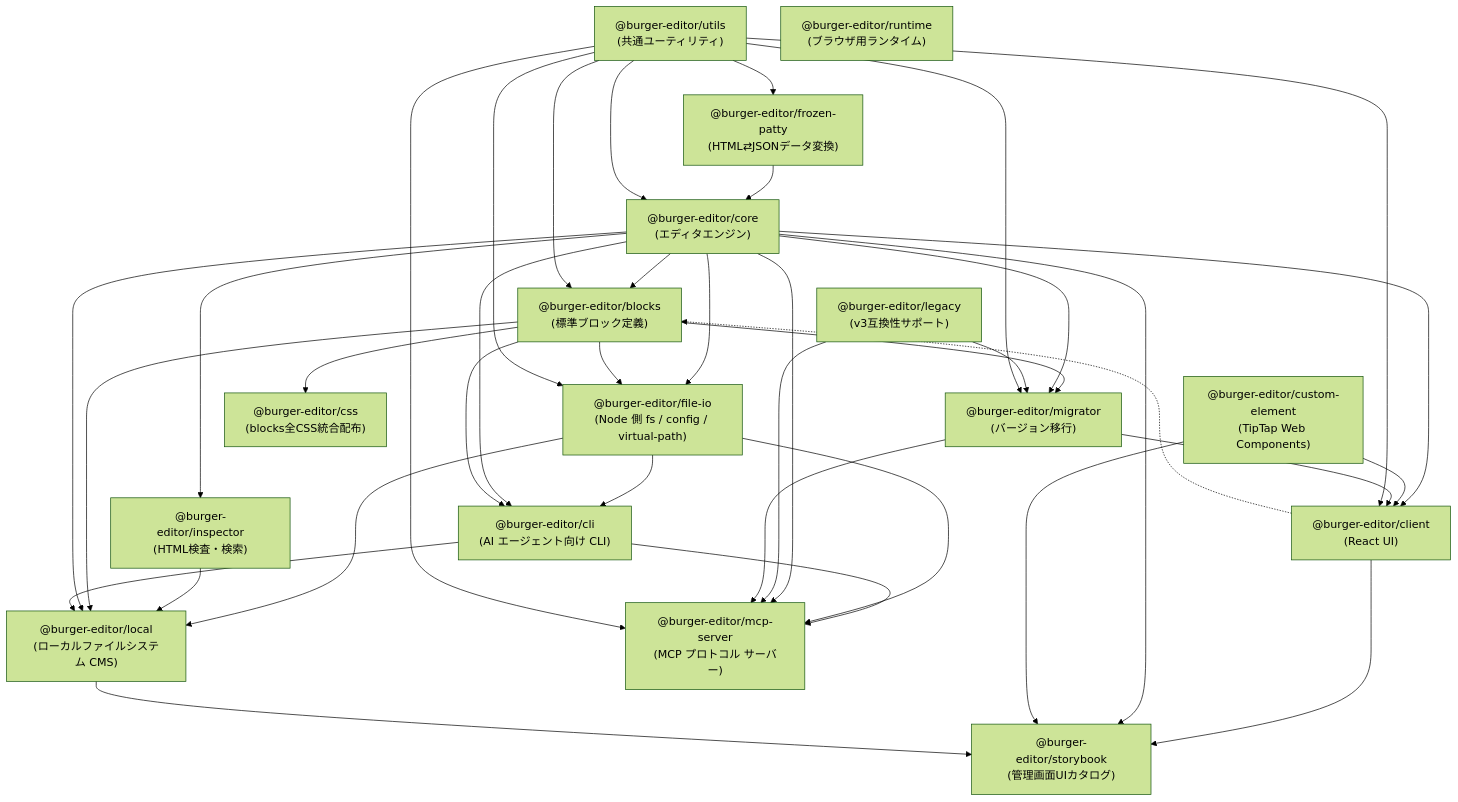
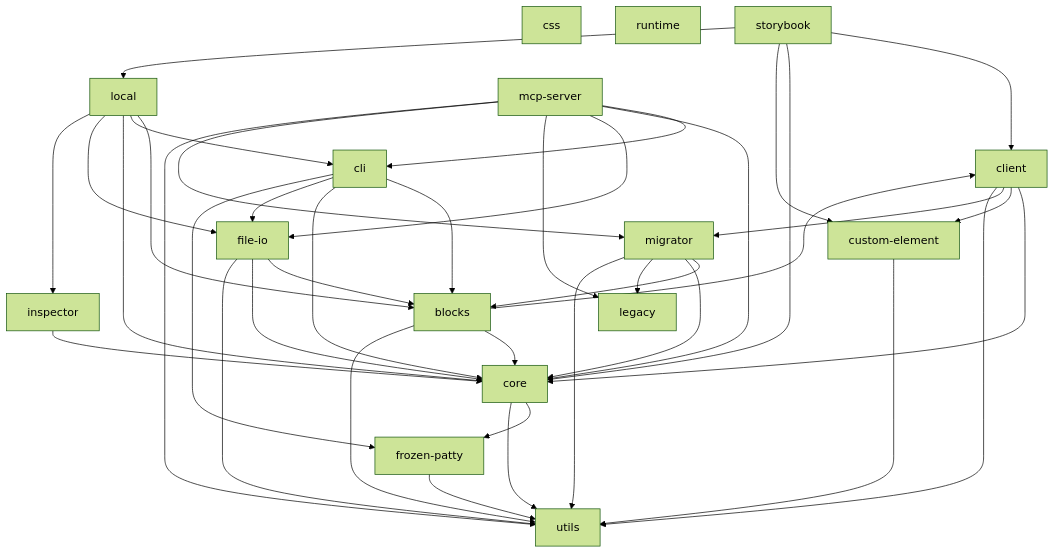
One commit to d-zero-dev/BurgerEditor changed the diagram in ARCHITECTURE.md. Above: the diagram before and after it, drawn with Mermaid (forest theme). The commit also changed other lines of this file and 28 other files, not shown here.

First line of the commit message:
docs(repo): restructure architecture.md as an index

````diff
--- a/ARCHITECTURE.md
+++ b/ARCHITECTURE.md
@@ -9,83 +11,60 @@
 ```mermaid
 graph TD
-    utils["@burger-editor/utils<br/>(共通ユーティリティ)"]
-    frozen["@burger-editor/frozen-patty<br/>(HTML⇄JSONデータ変換)"]
-    core["@burger-editor/core<br/>(エディタエンジン)"]
-    blocks["@burger-editor/blocks<br/>(標準ブロック定義)"]
-    client["@burger-editor/client<br/>(React UI)"]
-    custom["@burger-editor/custom-element<br/>(TipTap Web Components)"]
-    migrator["@burger-editor/migrator<br/>(バージョン移行)"]
-    inspector["@burger-editor/inspector<br/>(HTML検査・検索)"]
-    fileio["@burger-editor/file-io<br/>(Node 側 fs / config / virtual-path)"]
-    cli["@burger-editor/cli<br/>(AI エージェント向け CLI)"]
-    local["@burger-editor/local<br/>(ローカルファイルシステム CMS)"]
-    mcp["@burger-editor/mcp-server<br/>(MCP プロトコル サーバー)"]
-    legacy["@burger-editor/legacy<br/>(v3互換性サポート)"]
-    css["@burger-editor/css<br/>(blocks全CSS統合配布)"]
-    runtime["@burger-editor/runtime<br/>(ブラウザ用ランタイム)"]
-    storybook["@burger-editor/storybook<br/>(管理画面UIカタログ)"]
+    %% A --> B は「A が B に依存する」（dependencies / peerDependencies）。
+    %% 正は各 package.json。yarn verify:architecture-graph が CI で突き合わせる
+    utils["utils"]
+    frozenpatty["frozen-patty"]
+    core["core"]
+    customelement["custom-element"]
+    client["client"]
+    blocks["blocks"]
+    migrator["migrator"]
+    legacy["legacy"]
+    inspector["inspector"]
+    fileio["file-io"]
+    cli["cli"]
+    local["local"]
+    mcpserver["mcp-server"]
+    css["css"]
+    runtime["runtime"]
+    storybook["storybook"]
 
-    %% Core dependencies
-    utils --> frozen
-    frozen --> core
-    utils --> core
-
-    %% Block dependencies
-    core --> blocks
-    utils --> blocks
-    %% blocks/editor サブパスのみ（ルートエントリは client に依存しない）
-    client -.-> blocks
-
-    %% CSS distribution
-    blocks --> css
-
-    %% Client dependencies
-    core --> client
-    custom --> client
-    migrator --> client
-    utils --> client
-
-    %% Migrator dependencies
-    blocks --> migrator
-    core --> migrator
-    legacy --> migrator
-    utils --> migrator
-
-    %% Inspector dependencies
-    core --> inspector
-
-    %% File-IO (Node 側集約)
-    core --> fileio
-    blocks --> fileio
-    utils --> fileio
-
-    %% Local dependencies (file-io 経由で fs を扱うようリファクタ済み)
-    fileio --> local
-    inspector --> local
-    blocks --> local
-    core --> local
-    cli --> local
-
-    %% CLI (AI エージェント向け)
-    fileio --> cli
-    core --> cli
-    blocks --> cli
-
-    %% MCP Server (v3 互換 + v4 ツールは CLI 経由)
-    cli --> mcp
-    fileio --> mcp
-    core --> mcp
-    legacy --> mcp
-    migrator --> mcp
-    utils --> mcp
-
-    %% Storybook (開発時のコンポーネントカタログ、他パッケージからは依存されない末端)
-    client --> storybook
-    core --> storybook
-    custom --> storybook
-    local --> storybook
-
-    %% Independent packages
-    legacy
-    runtime
+    frozenpatty --> utils
+    core --> frozenpatty
+    core --> utils
+    customelement --> utils
+    client --> core
+    client --> customelement
+    client --> migrator
+    client --> utils
+    blocks --> client
+    blocks --> core
+    blocks --> utils
+    migrator --> blocks
+    migrator --> core
+    migrator --> legacy
+    migrator --> utils
+    inspector --> core
+    fileio --> blocks
+    fileio --> core
+    fileio --> utils
+    cli --> blocks
+    cli --> core
+    cli --> fileio
+    cli --> frozenpatty
+    local --> blocks
+    local --> cli
+    local --> core
+    local --> fileio
+    local --> inspector
+    mcpserver --> cli
+    mcpserver --> core
+    mcpserver --> fileio
+    mcpserver --> legacy
+    mcpserver --> migrator
+    mcpserver --> utils
+    storybook --> client
+    storybook --> core
+    storybook --> customelement
+    storybook --> local
 ```
````
